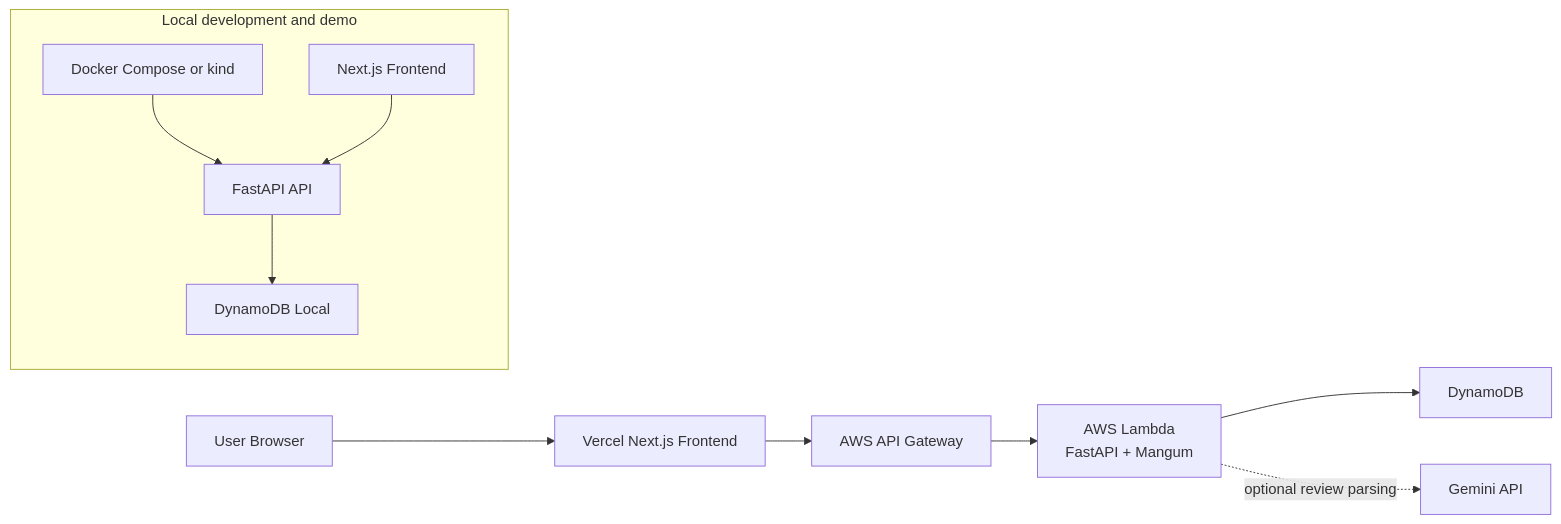
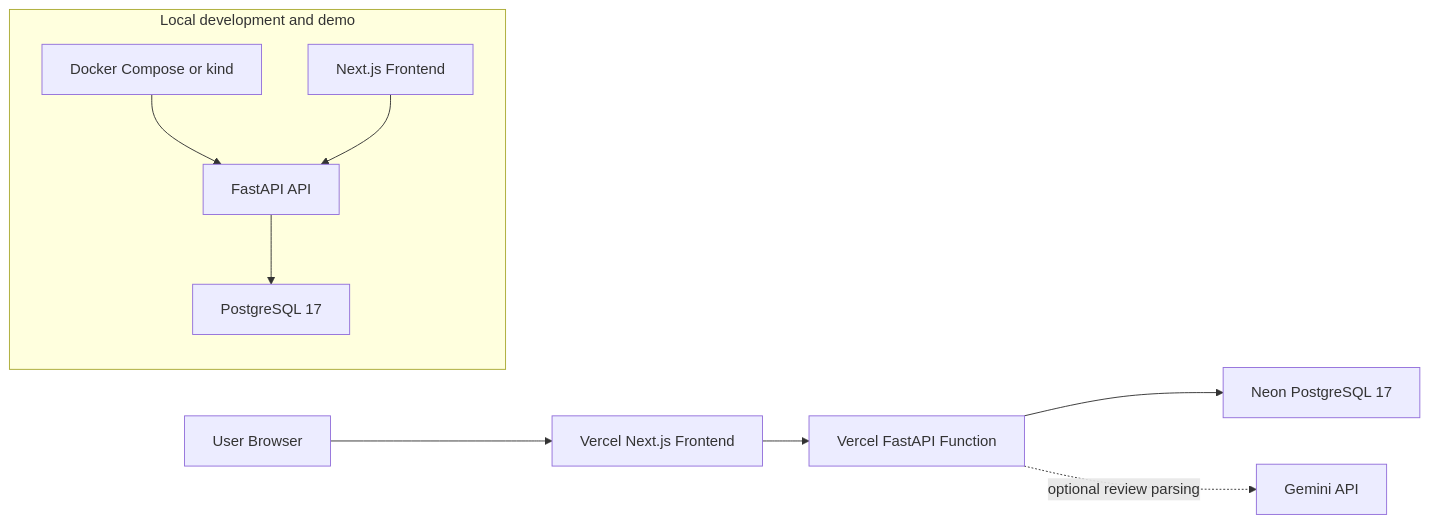
The diagram in README.md (hhavynn/matcha-scout), drawn with Mermaid before and after one commit. The commit also changed other lines of this file and 25 other files, not shown here.

Commit message:
Migrate backend to Neon Postgres and Vercel

````diff
--- a/README.md
+++ b/README.md
@@ -53,14 +54,13 @@
 ```mermaid
 flowchart LR
-  User["User Browser"] --> Vercel["Vercel Next.js Frontend"]
-  Vercel --> Gateway["AWS API Gateway"]
-  Gateway --> Lambda["AWS Lambda<br/>FastAPI + Mangum"]
-  Lambda --> Dynamo["DynamoDB"]
-  Lambda -. "optional review parsing" .-> Gemini["Gemini API"]
+  User["User Browser"] --> Frontend["Vercel Next.js Frontend"]
+  Frontend --> Api["Vercel FastAPI Function"]
+  Api --> Neon["Neon PostgreSQL 17"]
+  Api -. "optional review parsing" .-> Gemini["Gemini API"]
 
   subgraph Local["Local development and demo"]
     Compose["Docker Compose or kind"] --> LocalApi["FastAPI API"]
-    LocalApi --> LocalDdb["DynamoDB Local"]
+    LocalApi --> LocalPostgres["PostgreSQL 17"]
     LocalFrontend["Next.js Frontend"] --> LocalApi
   end
 ```
````
